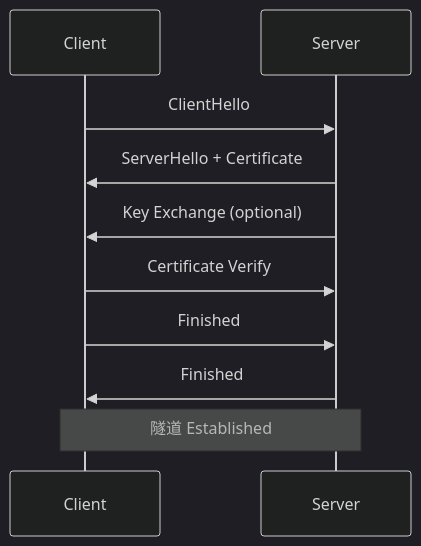
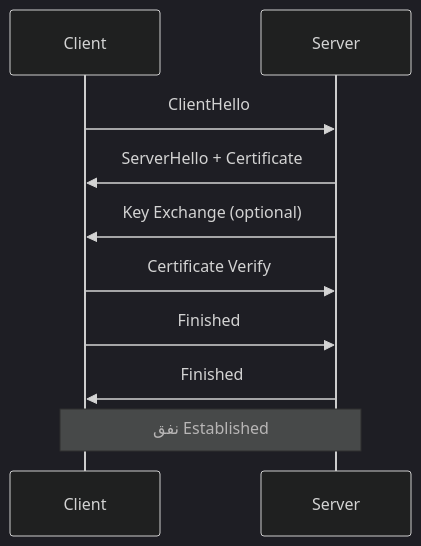
The sixth of 8 diagrams in courses/أمن-الشبكات.md (Cristography/Blue-Bits-Summary-Vault), drawn with Mermaid (dark theme) before and after one commit. The commit also changed other lines of this file and 18 other files, not shown here.

````diff
--- a/courses/أمن-الشبكات.md
+++ b/courses/أمن-الشبكات.md
@@ -219,12 +219,12 @@
 ```mermaid
 sequenceDiagram
     participant Client
     participant Server
     Client->>Server: ClientHello
     Server->>Client: ServerHello + Certificate
     Server->>Client: Key Exchange (optional)
     Client->>Server: Certificate Verify
     Client->>Server: Finished
     Server->>Client: Finished
-    Note over Client,Server:隧道 Established
+    Note over Client,Server: نفق Established
 ```
````
